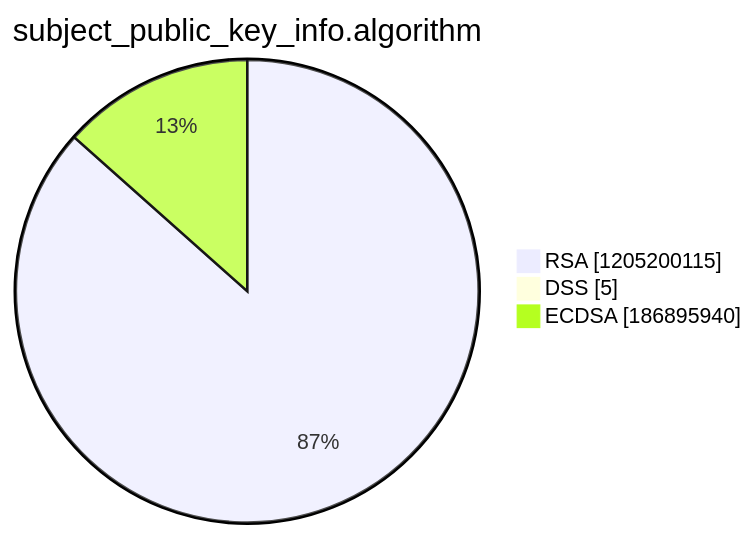
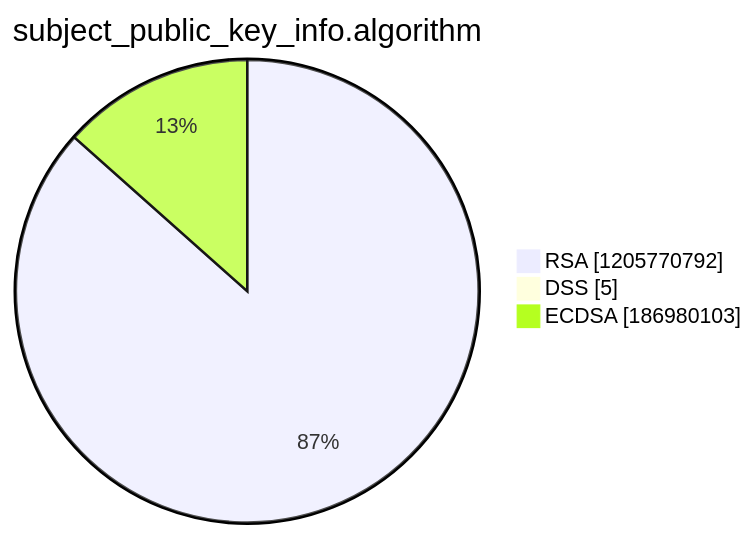
One commit to christiankrug/ctmonitor_visualization changed the third of 15 diagrams in argon2022/README.md. Above: the diagram before and after it, drawn with Mermaid. The commit also changed other lines of this file, not shown here.

````diff
--- a/argon2022/README.md
+++ b/argon2022/README.md
@@ -14,7 +14,7 @@
 ```mermaid
 pie showData
 title subject_public_key_info.algorithm
-"RSA" :1205200115
+"RSA" :1205770792
 "DSS" :5
-"ECDSA" :186895940
+"ECDSA" :186980103
 ```
````
